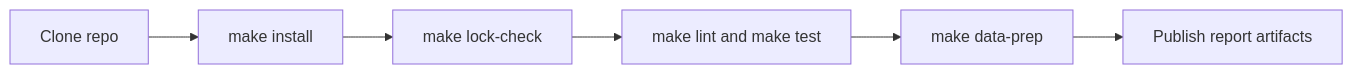
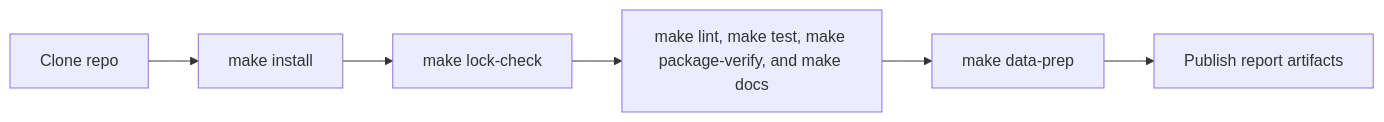
One commit to bijux/bijux-pollenomics changed the diagram in docs/workflows/index.md. Above: the diagram before and after it, drawn with Mermaid. The commit also changed other lines of this file and 3 other files, not shown here.

````diff
--- a/docs/workflows/index.md
+++ b/docs/workflows/index.md
@@ -16,8 +16,8 @@
 ```mermaid
 flowchart LR
     Checkout[Clone repo] --> Install[make install]
     Install --> LockCheck[make lock-check]
-    LockCheck --> Verify[make lint and make test]
+    LockCheck --> Verify[make lint, make test, make package-verify, and make docs]
     Verify --> DataPrep[make data-prep]
     DataPrep --> Reports[Publish report artifacts]
 ```
````
